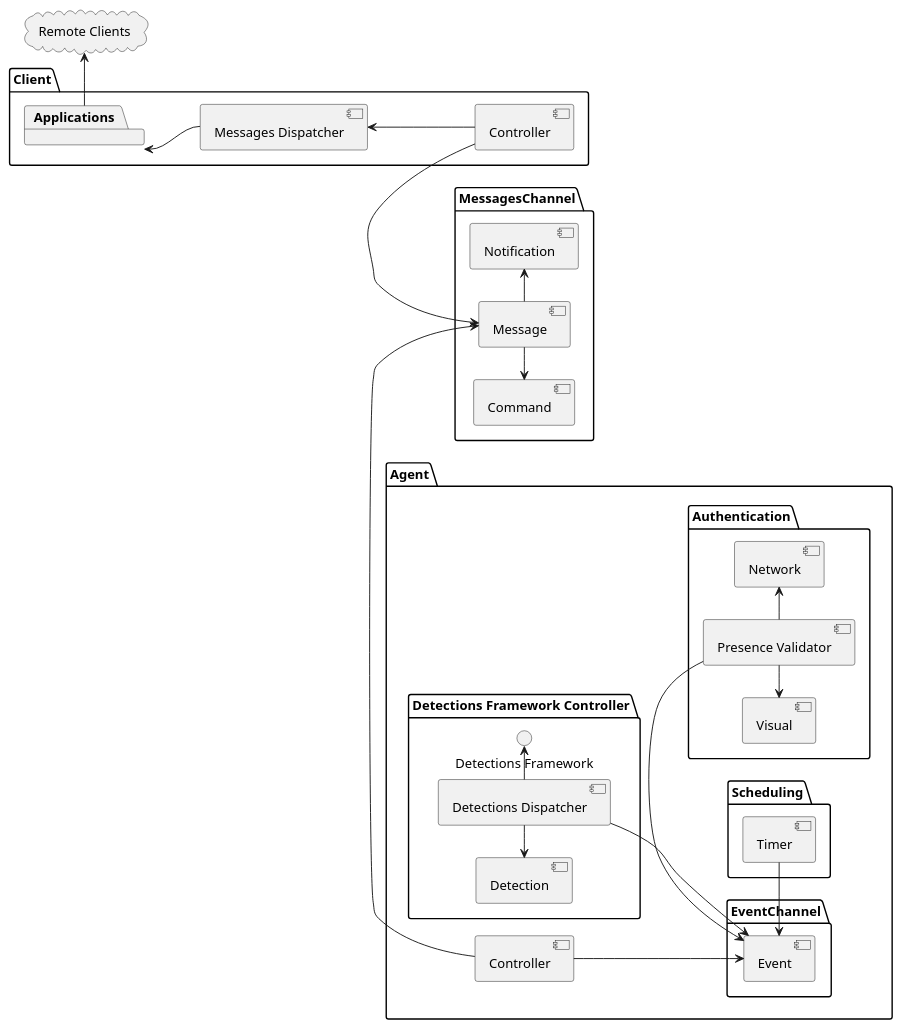
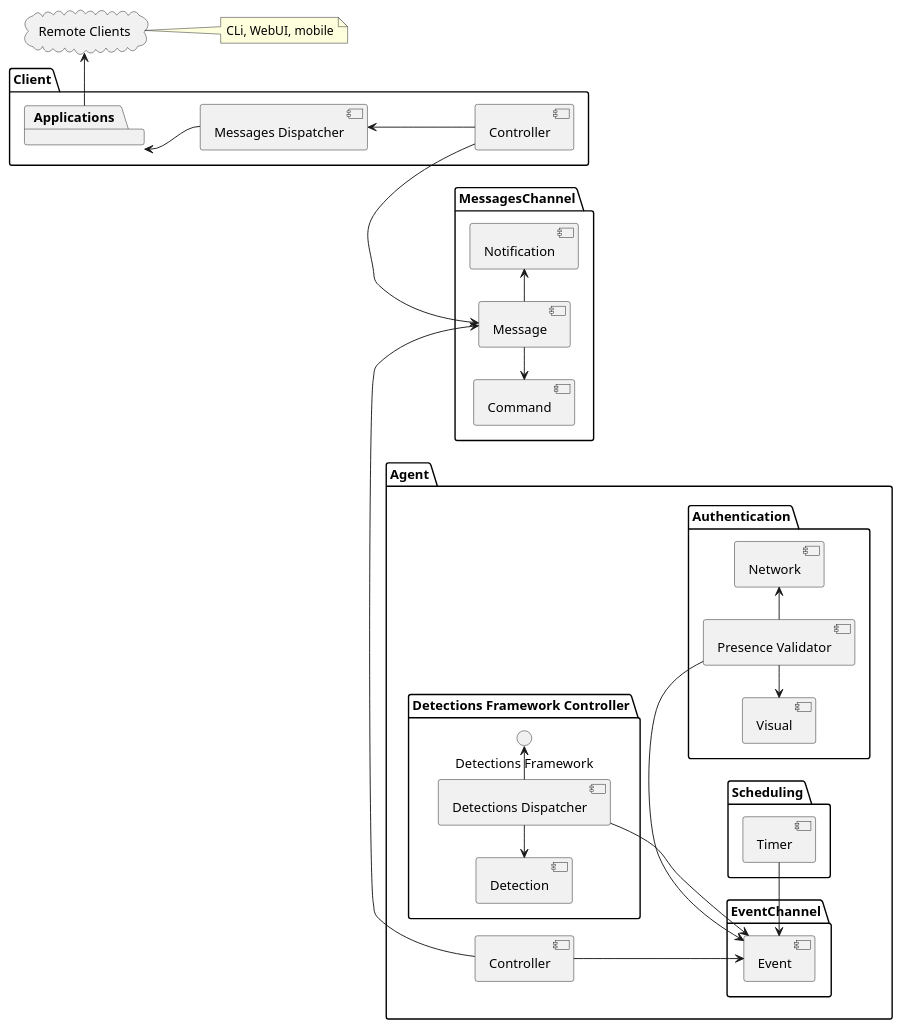
One commit to saratoga8/motion_notifier changed the diagram in docs/components.puml. Above: the diagram before and after it, drawn with PlantUML. The commit also changed 4 other files, not shown here.

```diff
--- a/docs/components.puml
+++ b/docs/components.puml
@@ -1,59 +1,60 @@
 @startuml
 'https://plantuml.com/component-diagram
 
 left to right direction
 
 package "Agent" {
     [Controller] as Agent_Controller
     package "Authentication" {
       [Presence Validator]
       [Network]
       [Visual]
     }
 
     package "Detections Framework Controller" {
       () "Detections Framework" as DF
       [Detections Dispatcher] -> DF
       [Detection] <- [Detections Dispatcher]
     }
 
 
     package EventChannel {
       Agent_Controller --> [Event]
       [Presence Validator] -> [Event]
       [Detections Dispatcher] --> [Event]
     }
 
     package "Scheduling" {
       [Timer] -> [Event]
     }
 
 }
 
 package "Client" {
     [Controller] as Client_Controller
     [Messages Dispatcher] <-- Client_Controller
 
     package [Applications] {
     }
 }
 
 package MessagesChannel {
     [Command] <- [Message]
     [Message]
     [Message] -> [Notification]
 }
 
 
 cloud "Remote Clients" {
 }
 
 [Applications] <-- [Messages Dispatcher]
 [Applications] -> "Remote Clients"
 Client_Controller -> [Message]
 Agent_Controller -> [Message]
 
 [Presence Validator] -> [Network]
 [Visual] <- [Presence Validator]
 
+note right of "Remote Clients": CLi, WebUI, mobile
 @enduml
```
